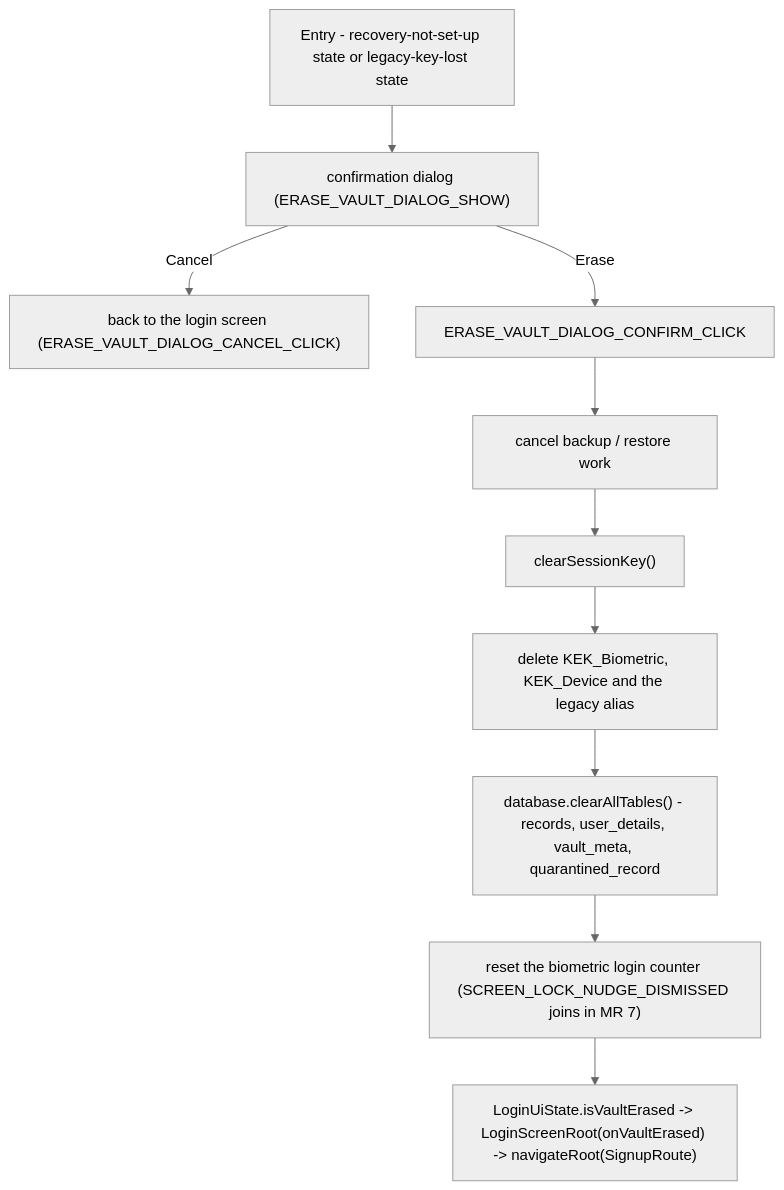
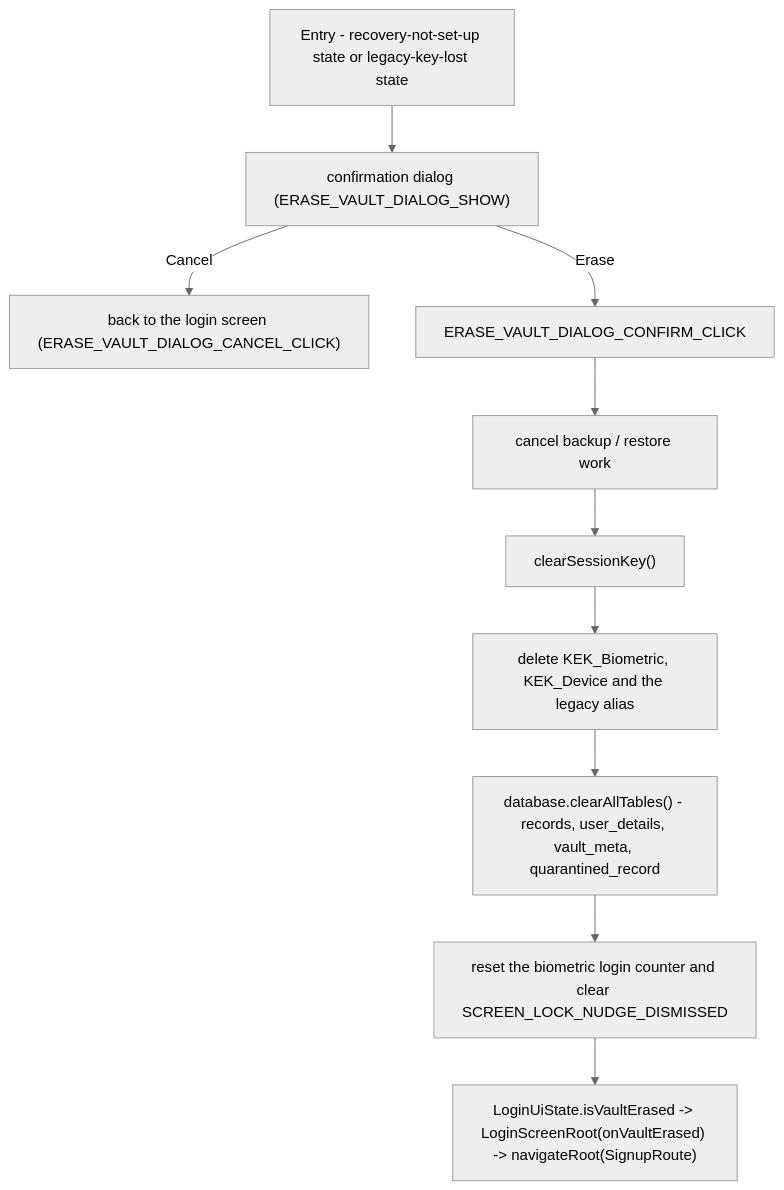
Before and after one commit to Ni3verma/Safe-Box: diagram 16 of 23 in docs/design/envelope-encryption.md, drawn with Mermaid (neutral theme). The commit also changed other lines of this file and 74 other files, not shown here.

````diff
--- a/docs/design/envelope-encryption.md
+++ b/docs/design/envelope-encryption.md
@@ -871,12 +877,12 @@
 ```mermaid
 flowchart TB
     E["Entry - recovery-not-set-up state or legacy-key-lost state"] --> D["confirmation dialog (ERASE_VAULT_DIALOG_SHOW)"]
     D -->|"Cancel"| C["back to the login screen (ERASE_VAULT_DIALOG_CANCEL_CLICK)"]
     D -->|"Erase"| S0["ERASE_VAULT_DIALOG_CONFIRM_CLICK"]
     S0 --> S1["cancel backup / restore work"]
     S1 --> S2["clearSessionKey()"]
     S2 --> S3["delete KEK_Biometric, KEK_Device and the legacy alias"]
     S3 --> S4["database.clearAllTables() - records, user_details, vault_meta, quarantined_record"]
-    S4 --> S5["reset the biometric login counter (SCREEN_LOCK_NUDGE_DISMISSED joins in MR 7)"]
+    S4 --> S5["reset the biometric login counter and clear SCREEN_LOCK_NUDGE_DISMISSED"]
     S5 --> S6["LoginUiState.isVaultErased -> LoginScreenRoot(onVaultErased) -> navigateRoot(SignupRoute)"]
 ```
````
